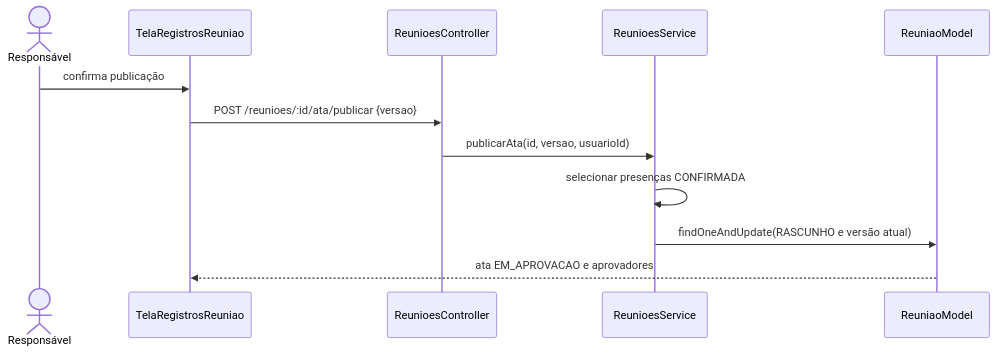
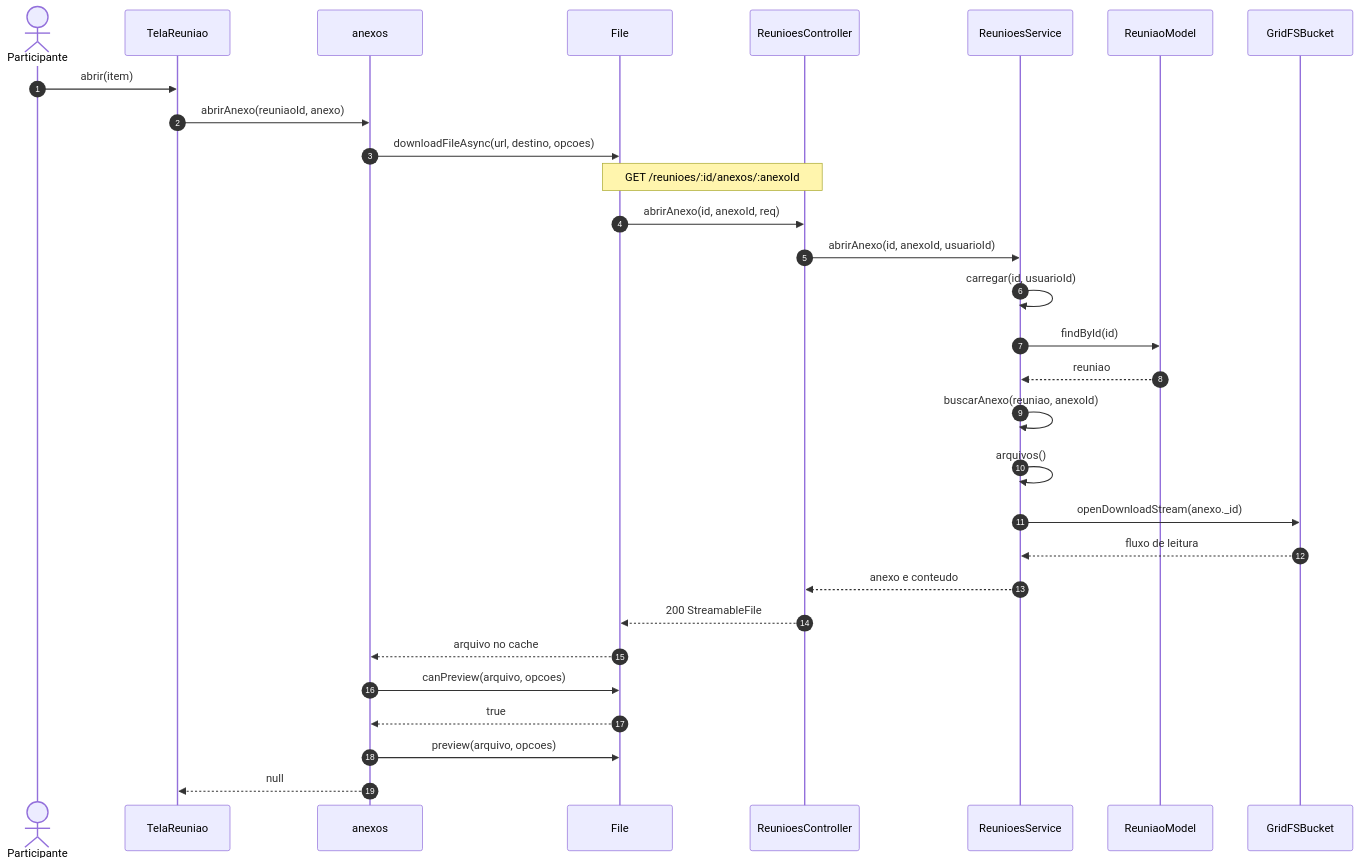
Diagram 12 of 13 in 3 - Incremento2/reunioes/6 - diagramas-sequencia-reunioes.md (Conecta-IFSP/DOCUMENTATION), drawn with Mermaid before and after one commit. The commit also changed other lines of this file and 26 other files, not shown here.

````diff
--- a/3 - Incremento2/reunioes/6 - diagramas-sequencia-reunioes.md
+++ b/3 - Incremento2/reunioes/6 - diagramas-sequencia-reunioes.md
@@ -187,14 +401,32 @@
 ```mermaid
 sequenceDiagram
-    actor U as Responsável
-    participant T as TelaRegistrosReuniao
+    autonumber
+    actor U as Participante
+    participant T as TelaReuniao
+    participant X as anexos
+    participant FS as File
     participant C as ReunioesController
     participant S as ReunioesService
     participant M as ReuniaoModel
-    U->>T: confirma publicação
-    T->>C: POST /reunioes/:id/ata/publicar {versao}
-    C->>S: publicarAta(id, versao, usuarioId)
-    S->>S: selecionar presenças CONFIRMADA
-    S->>M: findOneAndUpdate(RASCUNHO e versão atual)
-    M-->>T: ata EM_APROVACAO e aprovadores
+    participant G as GridFSBucket
+    U->>T: abrir(item)
+    T->>X: abrirAnexo(reuniaoId, anexo)
+    X->>FS: downloadFileAsync(url, destino, opcoes)
+    Note over FS,C: GET /reunioes/:id/anexos/:anexoId
+    FS->>C: abrirAnexo(id, anexoId, req)
+    C->>S: abrirAnexo(id, anexoId, usuarioId)
+    S->>S: carregar(id, usuarioId)
+    S->>M: findById(id)
+    M-->>S: reuniao
+    S->>S: buscarAnexo(reuniao, anexoId)
+    S->>S: arquivos()
+    S->>G: openDownloadStream(anexo._id)
+    G-->>S: fluxo de leitura
+    S-->>C: anexo e conteudo
+    C-->>FS: 200 StreamableFile
+    FS-->>X: arquivo no cache
+    X->>FS: canPreview(arquivo, opcoes)
+    FS-->>X: true
+    X->>FS: preview(arquivo, opcoes)
+    X-->>T: null
 ```
````
